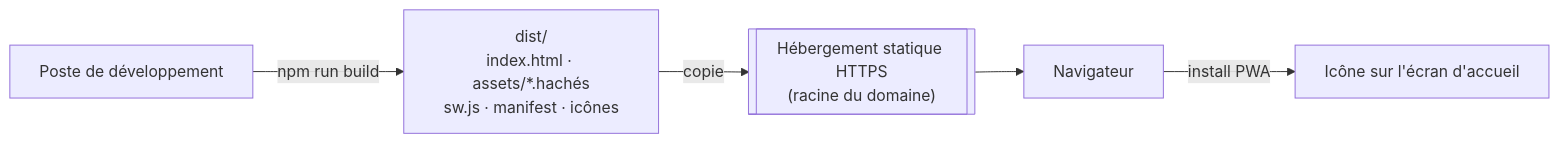
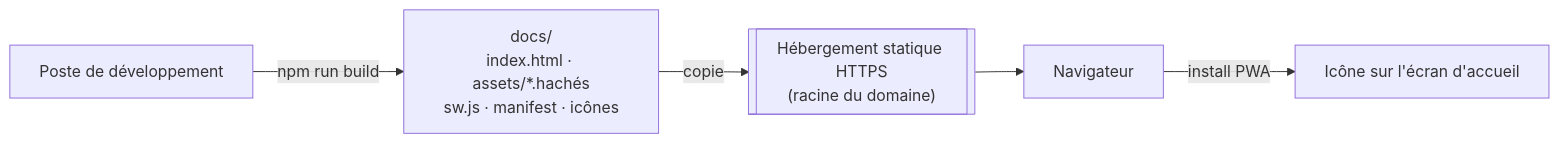
Before and after one commit to Studio-Horizon-IA/app-offices-et-psalmodie: the third of 4 diagrams in documentation/architecture/01-contexte.md, drawn with Mermaid. The commit also changed other lines of this file and 4 other files, not shown here.

````diff
--- a/documentation/architecture/01-contexte.md
+++ b/documentation/architecture/01-contexte.md
@@ -68,7 +68,7 @@
 ```mermaid
 flowchart LR
-    dev["Poste de développement"] -->|"npm run build"| dist["dist/<br/>index.html · assets/*.hachés<br/>sw.js · manifest · icônes"]
+    dev["Poste de développement"] -->|"npm run build"| dist["docs/<br/>index.html · assets/*.hachés<br/>sw.js · manifest · icônes"]
     dist -->|"copie"| cdn[["Hébergement statique HTTPS<br/>(racine du domaine)"]]
     cdn --> nav["Navigateur"]
     nav -->|"install PWA"| ecran["Icône sur l'écran d'accueil"]
 ```
````
